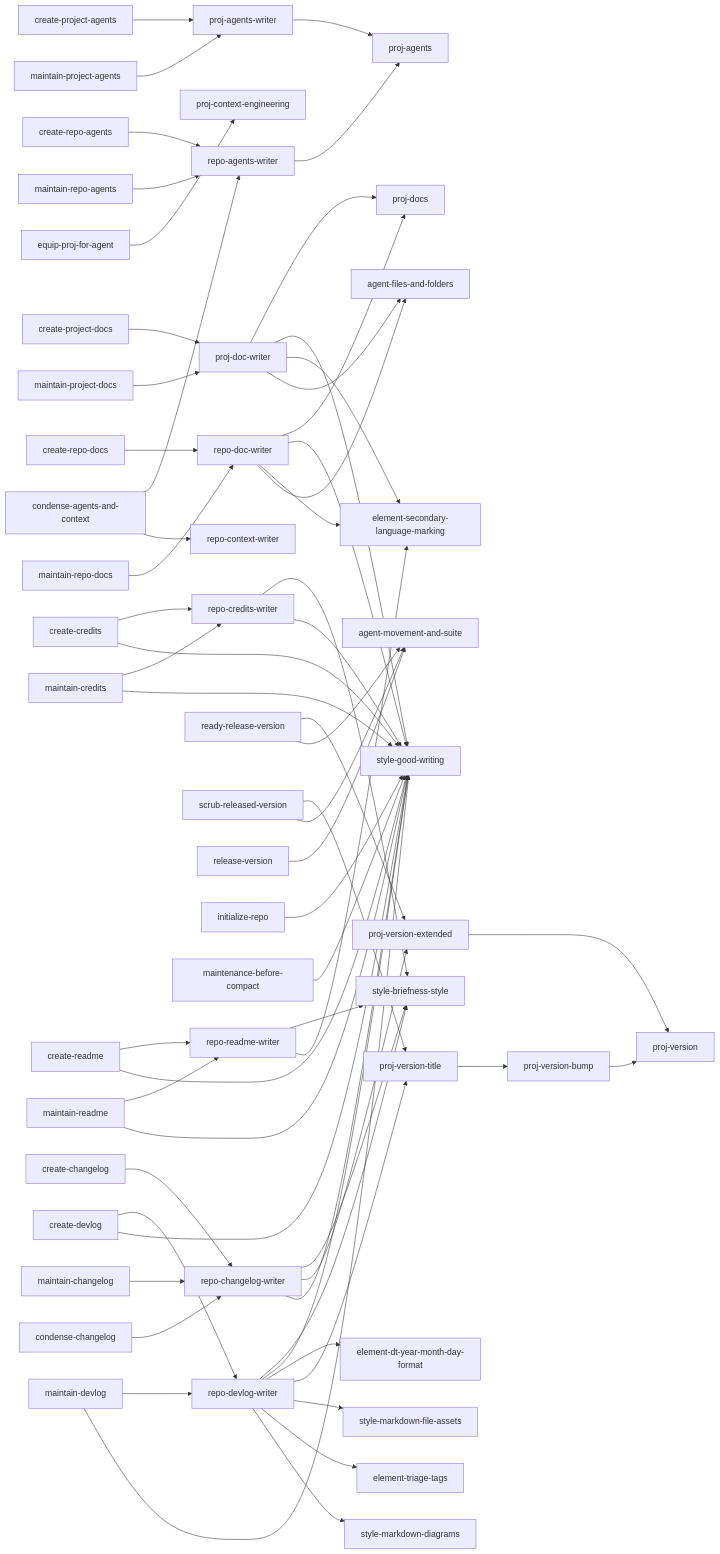
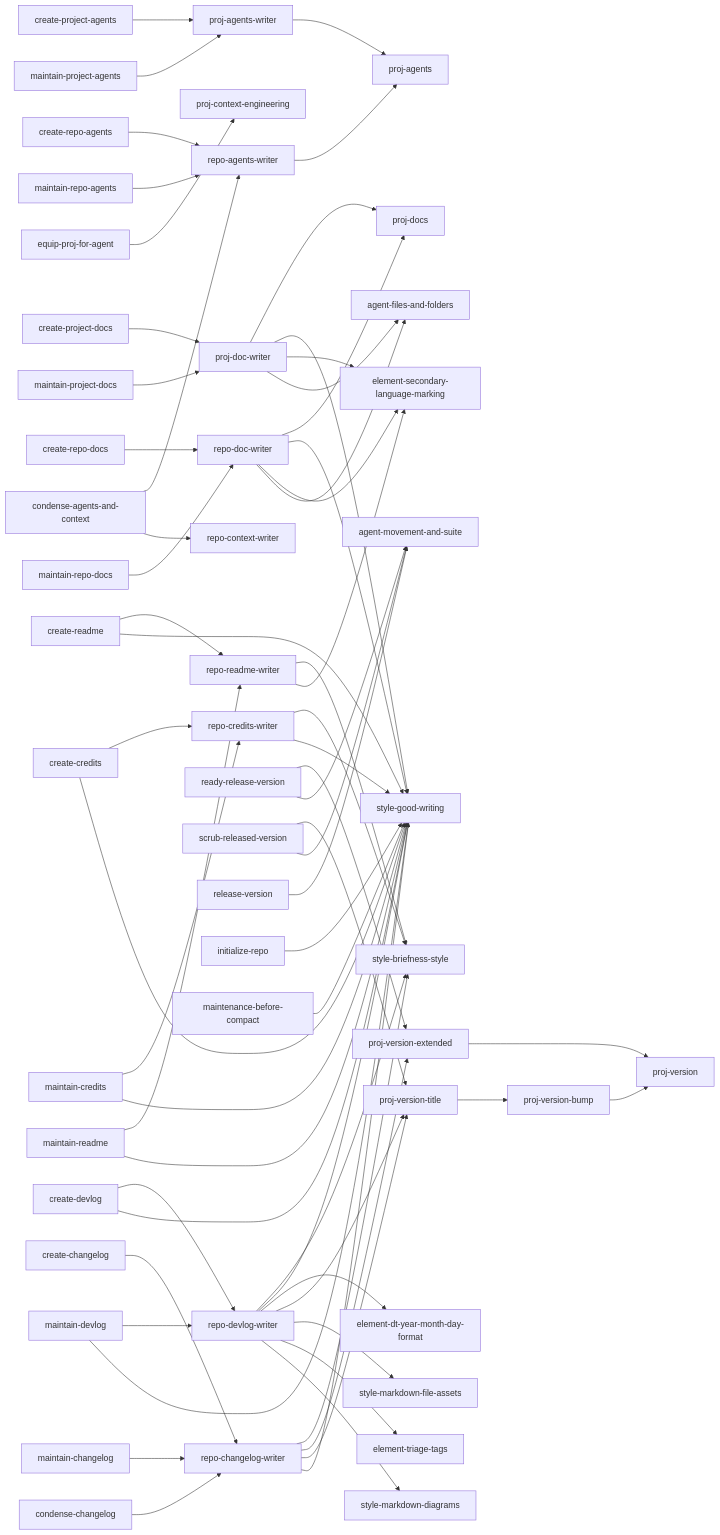
One commit to kami-lel/kaye-library changed the second of 10 diagrams in docs/blueprint-doc.md. Above: the diagram before and after it, drawn with Mermaid. The commit also changed 2 other files, not shown here.

Commit message:
head changelog releases w/ semantic version title
🤖`repo.md` release heading: [ver] title date, link version title
🟡`repo_bp.py` changelog writer dep on proj-version-title
📖`blueprint-doc.md` add changelog writer -> version title edge

````diff
--- a/docs/blueprint-doc.md
+++ b/docs/blueprint-doc.md
@@ -41,63 +41,64 @@
 ```mermaid
 flowchart LR
     proj_agents_writer["proj-agents-writer"] --> proj_agents["proj-agents"]
     repo_agents_writer["repo-agents-writer"] --> proj_agents
     proj_doc_writer["proj-doc-writer"] --> proj_docs["proj-docs"]
     repo_doc_writer["repo-doc-writer"] --> proj_docs
     proj_doc_writer --> style_good_writing["style-good-writing"]
     repo_doc_writer --> style_good_writing
     proj_doc_writer --> element_secondary_language_marking["element-secondary-language-marking"]
     repo_doc_writer --> element_secondary_language_marking
     proj_doc_writer --> agent_files_and_folders["agent-files-and-folders"]
     repo_doc_writer --> agent_files_and_folders
     equip_proj_for_agent["equip-proj-for-agent"] --> proj_context_engineering["proj-context-engineering"]
     repo_readme_writer["repo-readme-writer"] --> style_briefness_style["style-briefness-style"]
     repo_readme_writer --> element_secondary_language_marking
     repo_changelog_writer["repo-changelog-writer"] --> style_briefness_style
     repo_changelog_writer --> proj_version_extended["proj-version-extended"]
+    repo_changelog_writer --> proj_version_title
     repo_changelog_writer --> style_good_writing
     repo_credits_writer["repo-credits-writer"] --> style_briefness_style
     repo_credits_writer --> style_good_writing
     repo_devlog_writer["repo-devlog-writer"] --> style_briefness_style
     repo_devlog_writer --> style_good_writing
     repo_devlog_writer --> element_dt_year_month_day_format["element-dt-year-month-day-format"]
     repo_devlog_writer --> proj_version_title
     repo_devlog_writer --> style_markdown_file_assets["style-markdown-file-assets"]
     repo_devlog_writer --> element_triage_tags["element-triage-tags"]
     repo_devlog_writer --> style_markdown_diagrams["style-markdown-diagrams"]
     ready_release_version["ready-release-version"] --> proj_version_extended
     scrub_released_version["scrub-released-version"] --> proj_version_title["proj-version-title"]
     ready_release_version --> agent_movement_and_suite["agent-movement-and-suite"]
     scrub_released_version --> agent_movement_and_suite
     release_version["release-version"] --> agent_movement_and_suite
     proj_version_title["proj-version-title"] --> proj_version_bump["proj-version-bump"]
     proj_version_bump --> proj_version["proj-version"]
     proj_version_extended --> proj_version
     initialize_repo["initialize-repo"] --> style_good_writing
     maintenance_before_compact["maintenance-before-compact"] --> style_good_writing
     condense_agents_and_context["condense-agents-and-context"] --> repo_agents_writer
     condense_agents_and_context --> repo_context_writer["repo-context-writer"]
     create_project_agents["create-project-agents"] --> proj_agents_writer
     maintain_project_agents["maintain-project-agents"] --> proj_agents_writer
     create_project_docs["create-project-docs"] --> proj_doc_writer
     maintain_project_docs["maintain-project-docs"] --> proj_doc_writer
     create_readme["create-readme"] --> repo_readme_writer
     maintain_readme["maintain-readme"] --> repo_readme_writer
     create_readme --> style_good_writing
     maintain_readme --> style_good_writing
     create_changelog["create-changelog"] --> repo_changelog_writer
     maintain_changelog["maintain-changelog"] --> repo_changelog_writer
     condense_changelog["condense-changelog"] --> repo_changelog_writer
     create_credits["create-credits"] --> repo_credits_writer
     maintain_credits["maintain-credits"] --> repo_credits_writer
     create_devlog["create-devlog"] --> repo_devlog_writer
     maintain_devlog["maintain-devlog"] --> repo_devlog_writer
     create_credits --> style_good_writing
     maintain_credits --> style_good_writing
     create_devlog --> style_good_writing
     maintain_devlog --> style_good_writing
     create_repo_agents["create-repo-agents"] --> repo_agents_writer
     maintain_repo_agents["maintain-repo-agents"] --> repo_agents_writer
     create_repo_docs["create-repo-docs"] --> repo_doc_writer
     maintain_repo_docs["maintain-repo-docs"] --> repo_doc_writer
 ```
````
